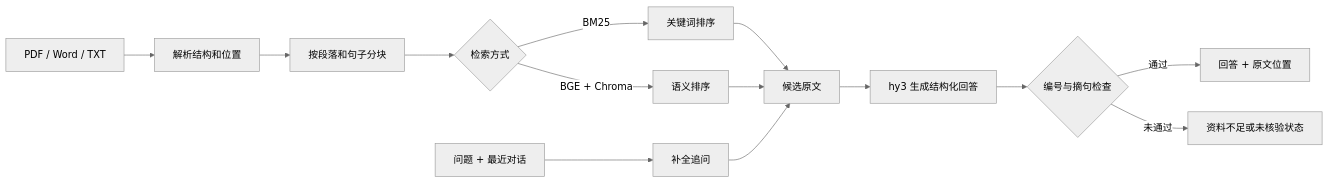
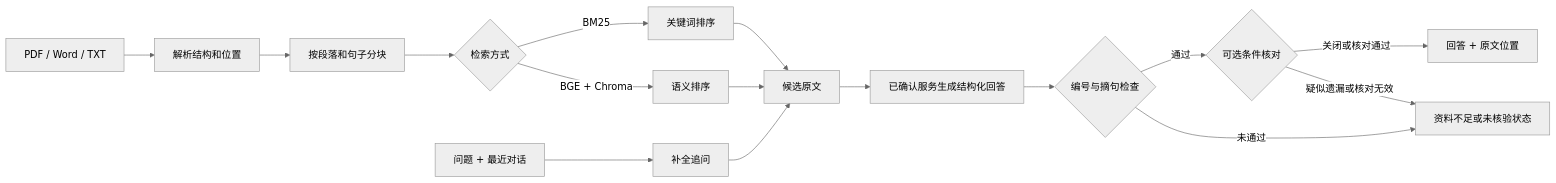
Before and after one commit to zhaoqda/AI-knowledge-assistant: the diagram in README.md, drawn with Mermaid (neutral theme). The commit also changed other lines of this file and 95 other files, not shown here.

````diff
--- a/README.md
+++ b/README.md
@@ -20,16 +27,18 @@
 ```mermaid
 flowchart LR
     A[PDF / Word / TXT] --> B[解析结构和位置]
     B --> C[按段落和句子分块]
     C --> D{检索方式}
     D -->|BM25| E[关键词排序]
     D -->|BGE + Chroma| F[语义排序]
     E --> G[候选原文]
     F --> G
     H[问题 + 最近对话] --> I[补全追问]
     I --> G
-    G --> J[hy3 生成结构化回答]
+    G --> J[已确认服务生成结构化回答]
     J --> K{编号与摘句检查}
-    K -->|通过| L[回答 + 原文位置]
+    K -->|通过| N{可选条件核对}
+    N -->|关闭或核对通过| L[回答 + 原文位置]
+    N -->|疑似遗漏或核对无效| M
     K -->|未通过| M[资料不足或未核验状态]
 ```
````
